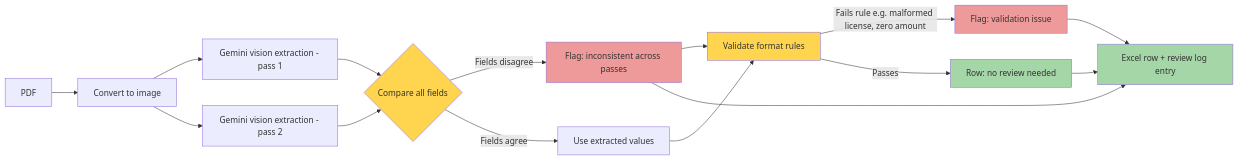
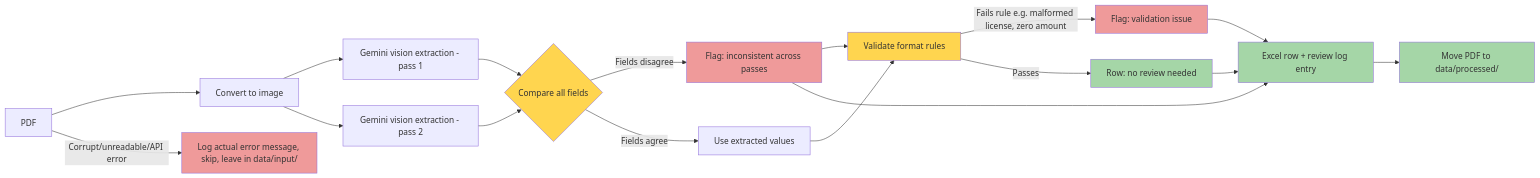
The diagram in README.md (edrian-a-marinas/invoice-ocr-extractor), drawn with Mermaid before and after one commit. The commit also changed other lines of this file and 2 other files, not shown here.

Commit message:
feat(pipeline): add idempotent processed-folder archiving, per-file error handling, and informative logging

````diff
--- a/README.md
+++ b/README.md
@@ -14,23 +18,27 @@
 ```mermaid
 flowchart LR
     A[PDF] --> B[Convert to image]
     B --> C[Gemini vision extraction - pass 1]
     B --> D[Gemini vision extraction - pass 2]
     C --> E{Compare all fields}
     D --> E
     E -->|Fields disagree| F[Flag: inconsistent across passes]
     E -->|Fields agree| G[Use extracted values]
     F --> H[Validate format rules]
     G --> H
     H -->|Fails rule e.g. malformed license, zero amount| I[Flag: validation issue]
     H -->|Passes| J[Row: no review needed]
     I --> K[Excel row + review log entry]
     F --> K
     J --> K
+    K --> L[Move PDF to data/processed/]
+    A -->|Corrupt/unreadable/API error| M[Log actual error message, skip, leave in data/input/]
     style E fill:#ffd54f
     style H fill:#ffd54f
     style F fill:#ef9a9a
     style I fill:#ef9a9a
     style J fill:#a5d6a7
     style K fill:#a5d6a7
+    style L fill:#a5d6a7
+    style M fill:#ef9a9a
 ```
````
